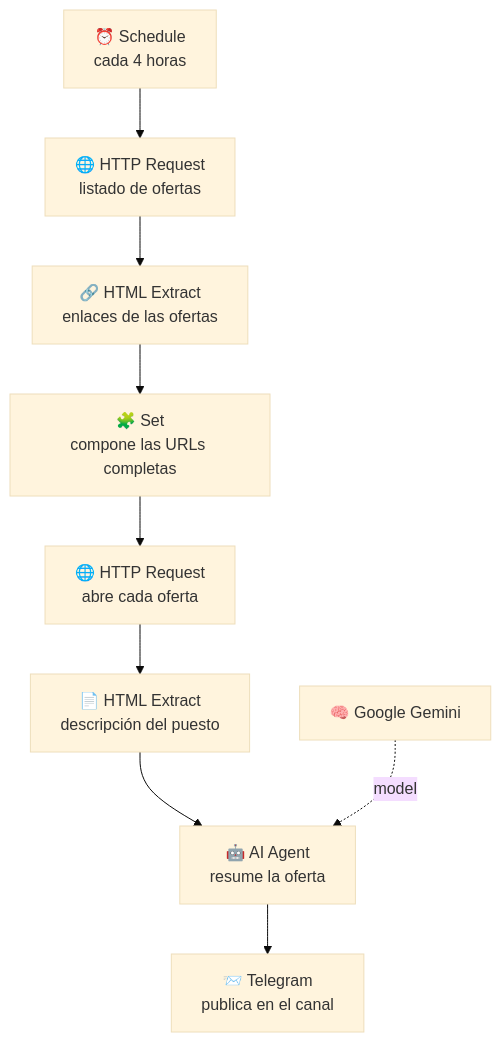
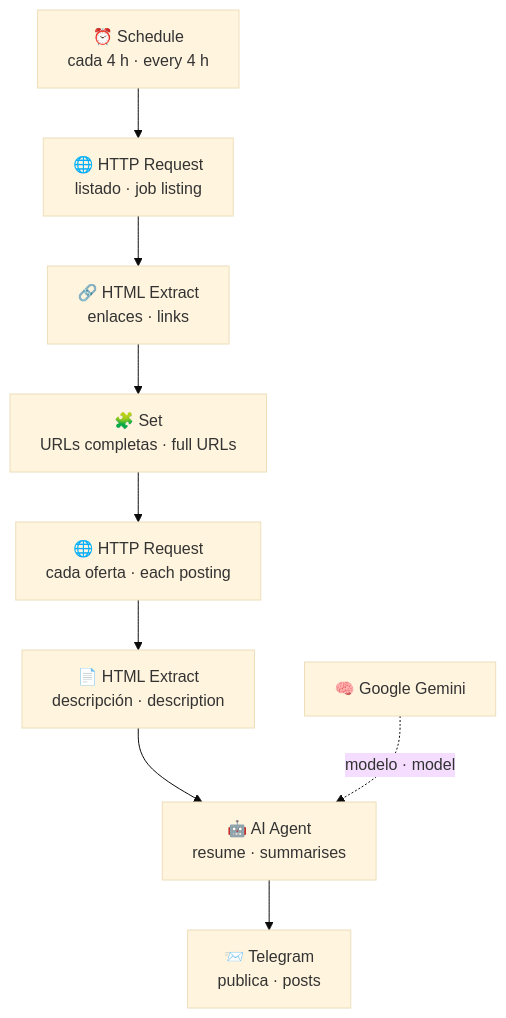
One commit to thaisbrandao/ai-job-alerts-bot changed the diagram in README.md. Above: the diagram before and after it, drawn with Mermaid (base theme). The commit also changed other lines of this file, not shown here.

````diff
--- a/README.md
+++ b/README.md
@@ -34,11 +40,11 @@
 ```mermaid
 flowchart TD
-    A["⏰ Schedule<br/>cada 4 horas"] --> B["🌐 HTTP Request<br/>listado de ofertas"]
-    B --> C["🔗 HTML Extract<br/>enlaces de las ofertas"]
-    C --> D["🧩 Set<br/>compone las URLs completas"]
-    D --> E["🌐 HTTP Request<br/>abre cada oferta"]
-    E --> F["📄 HTML Extract<br/>descripción del puesto"]
-    F --> G["🤖 AI Agent<br/>resume la oferta"]
-    G --> H["📨 Telegram<br/>publica en el canal"]
-    I["🧠 Google Gemini"] -.modelo.-> G
+    A["⏰ Schedule<br/>cada 4 h · every 4 h"] --> B["🌐 HTTP Request<br/>listado · job listing"]
+    B --> C["🔗 HTML Extract<br/>enlaces · links"]
+    C --> D["🧩 Set<br/>URLs completas · full URLs"]
+    D --> E["🌐 HTTP Request<br/>cada oferta · each posting"]
+    E --> F["📄 HTML Extract<br/>descripción · description"]
+    F --> G["🤖 AI Agent<br/>resume · summarises"]
+    G --> H["📨 Telegram<br/>publica · posts"]
+    I["🧠 Google Gemini"] -.modelo · model.-> G
 ```
````
